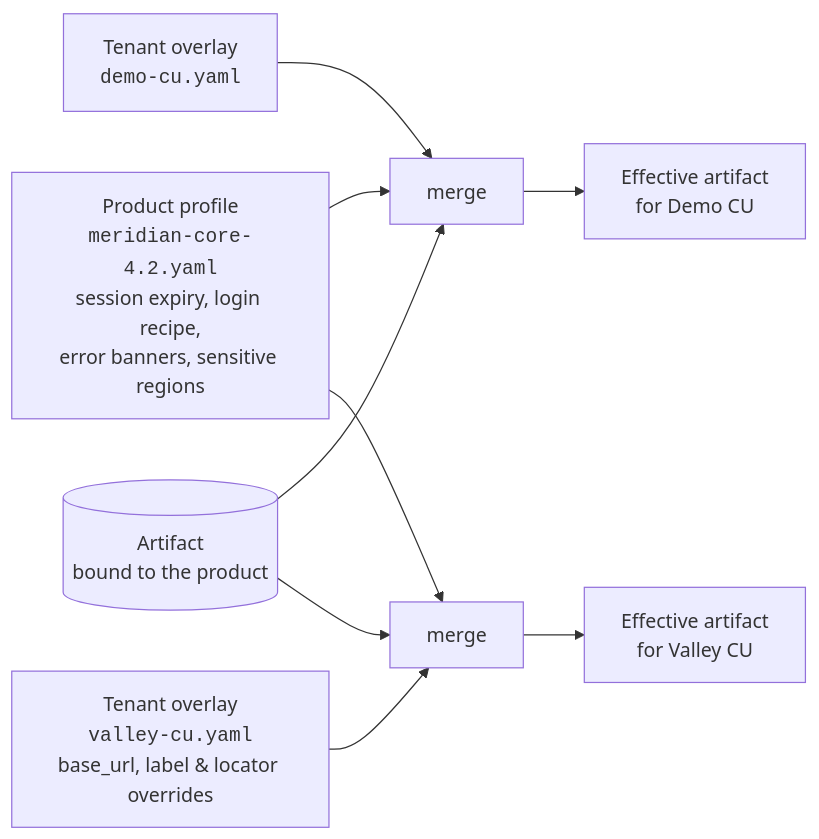
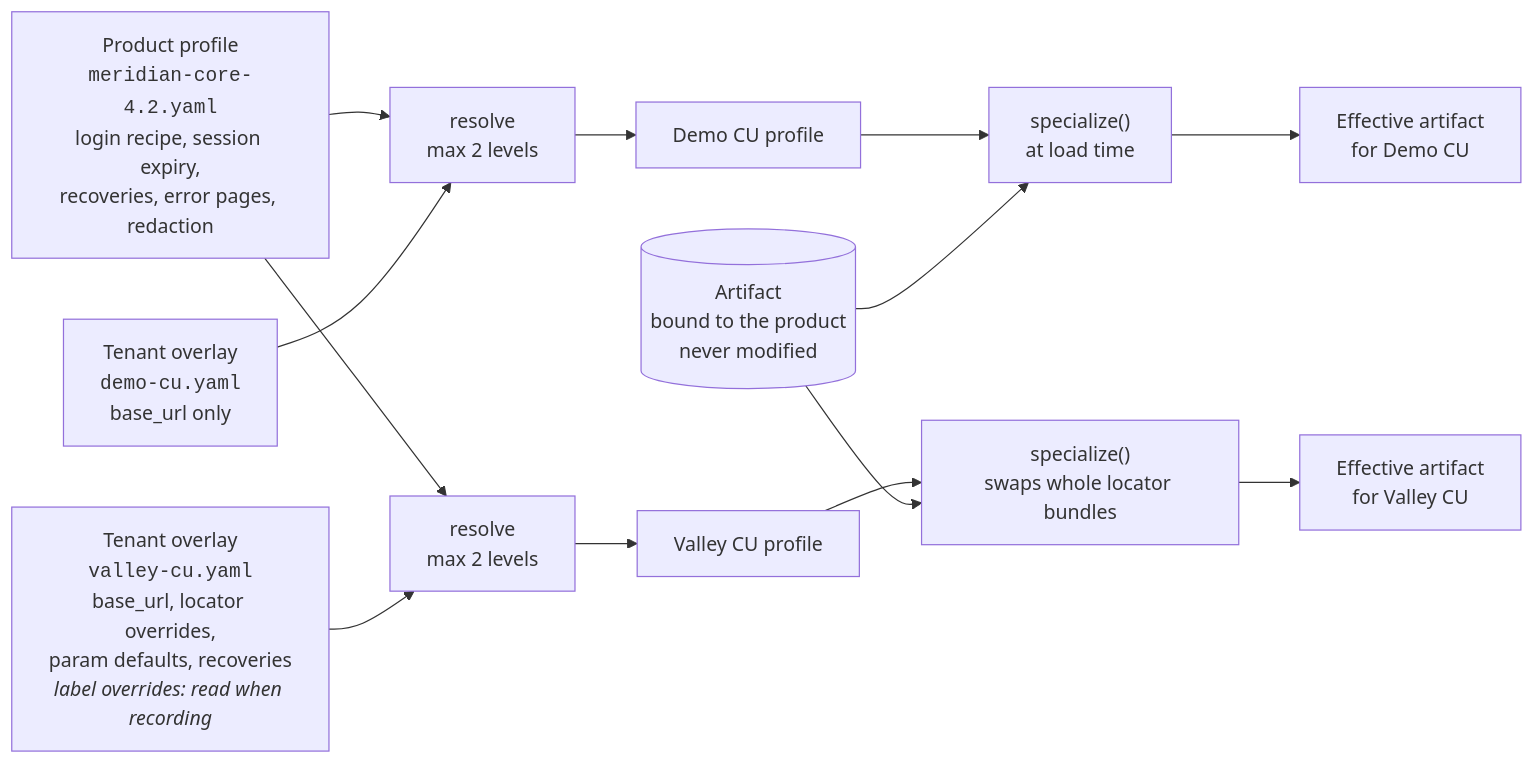
The eighth of 9 diagrams in README.md (omkarkorde27/automation-assessment), drawn with Mermaid before and after one commit. The commit also changed other lines of this file, not shown here.

````diff
--- a/README.md
+++ b/README.md
@@ -274,13 +305,15 @@
 ```mermaid
 flowchart LR
-    P["Product profile<br/><code>meridian-core-4.2.yaml</code><br/>session expiry, login recipe,<br/>error banners, sensitive regions"]
-    T1["Tenant overlay<br/><code>demo-cu.yaml</code>"]
-    T2["Tenant overlay<br/><code>valley-cu.yaml</code><br/>base_url, label & locator overrides"]
-    A[("Artifact<br/>bound to the product")]
-    P --> M1["merge"] --> E1["Effective artifact<br/>for Demo CU"]
+    P["Product profile<br/><code>meridian-core-4.2.yaml</code><br/>login recipe, session expiry,<br/>recoveries, error pages, redaction"]
+    T1["Tenant overlay<br/><code>demo-cu.yaml</code><br/>base_url only"]
+    T2["Tenant overlay<br/><code>valley-cu.yaml</code><br/>base_url, locator overrides,<br/>param defaults, recoveries<br/><i>label overrides: read when recording</i>"]
+    A[("Artifact<br/>bound to the product<br/>never modified")]
+    P --> M1["resolve<br/>max 2 levels"] --> RP1["Demo CU profile"]
     T1 --> M1
-    A --> M1
-    P --> M2["merge"] --> E2["Effective artifact<br/>for Valley CU"]
+    P --> M2["resolve<br/>max 2 levels"] --> RP2["Valley CU profile"]
     T2 --> M2
-    A --> M2
+    RP1 --> S1["specialize()<br/>at load time"] --> E1["Effective artifact<br/>for Demo CU"]
+    A --> S1
+    RP2 --> S2["specialize()<br/>swaps whole locator bundles"] --> E2["Effective artifact<br/>for Valley CU"]
+    A --> S2
 ```
````
